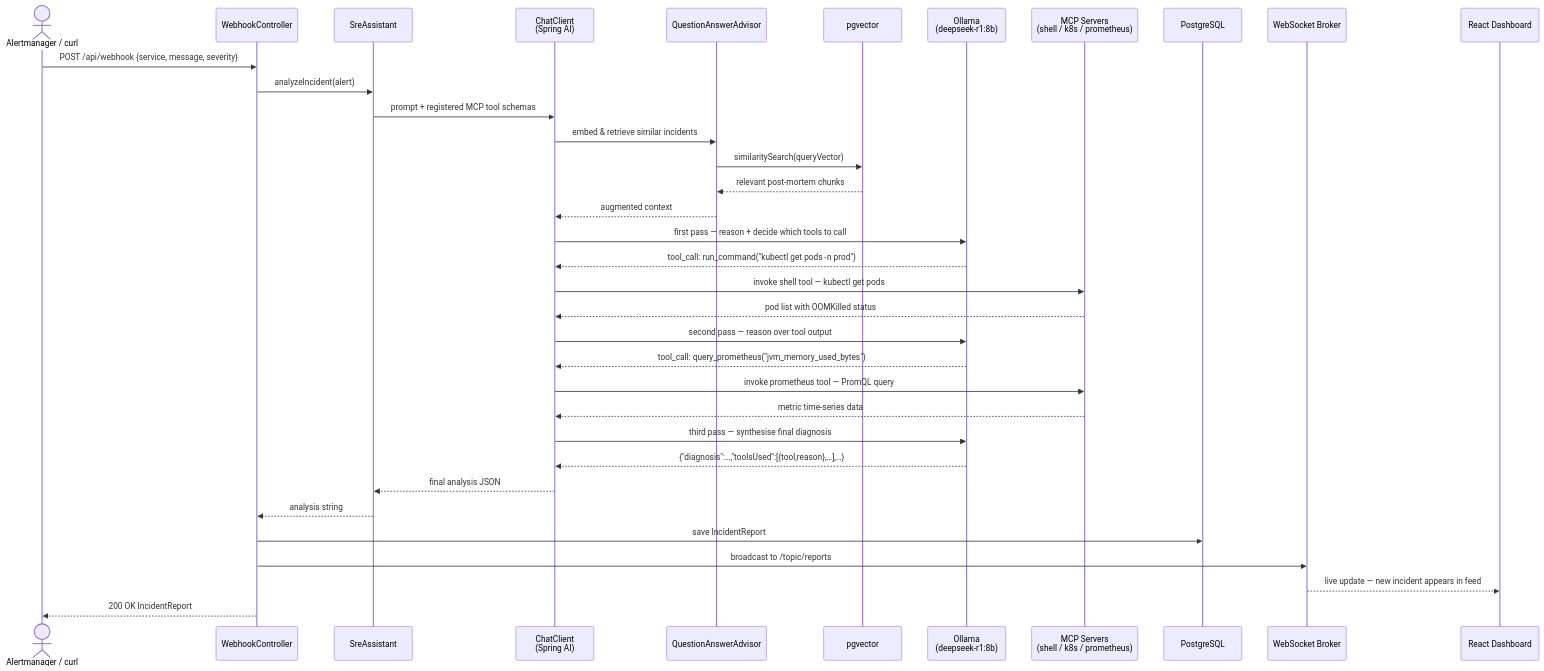
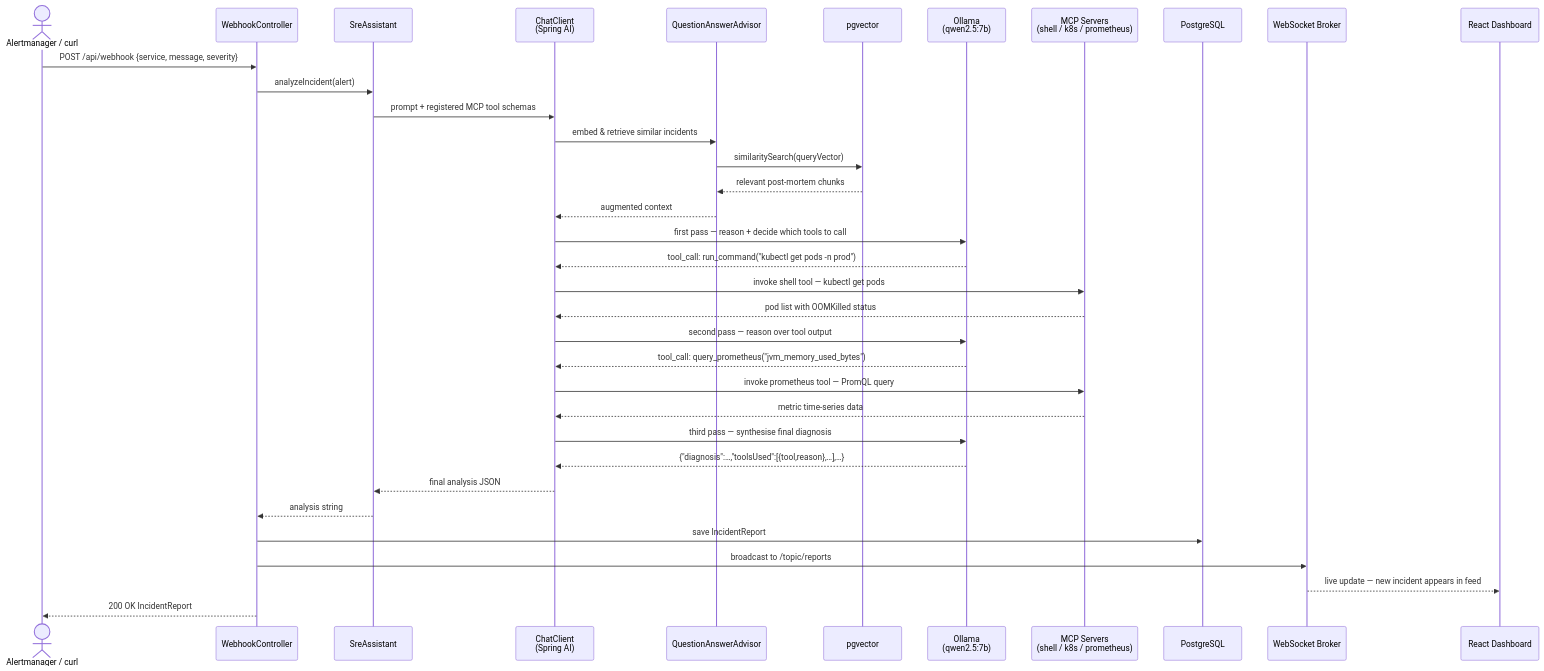
One commit to zakidevara/insight-ops changed the second of 3 diagrams in README.md. Above: the diagram before and after it, drawn with Mermaid. The commit also changed other lines of this file and 6 other files, not shown here.

````diff
--- a/README.md
+++ b/README.md
@@ -177,45 +177,45 @@
 ```mermaid
 sequenceDiagram
     actor Caller as Alertmanager / curl
     participant WH as WebhookController
     participant SRE as SreAssistant
     participant CC as ChatClient<br/>(Spring AI)
     participant QAA as QuestionAnswerAdvisor
     participant VEC as pgvector
-    participant LLM as Ollama<br/>(deepseek-r1:8b)
+    participant LLM as Ollama<br/>(qwen2.5:7b)
     participant MCP as MCP Servers<br/>(shell / k8s / prometheus)
     participant DB as PostgreSQL
     participant WS as WebSocket Broker
     participant UI as React Dashboard
 
     Caller->>WH: POST /api/webhook {service, message, severity}
     WH->>SRE: analyzeIncident(alert)
     SRE->>CC: prompt + registered MCP tool schemas
 
     CC->>QAA: embed & retrieve similar incidents
     QAA->>VEC: similaritySearch(queryVector)
     VEC-->>QAA: relevant post-mortem chunks
     QAA-->>CC: augmented context
 
     CC->>LLM: first pass — reason + decide which tools to call
     LLM-->>CC: tool_call: run_command("kubectl get pods -n prod")
 
     CC->>MCP: invoke shell tool — kubectl get pods
     MCP-->>CC: pod list with OOMKilled status
 
     CC->>LLM: second pass — reason over tool output
     LLM-->>CC: tool_call: query_prometheus("jvm_memory_used_bytes")
 
     CC->>MCP: invoke prometheus tool — PromQL query
     MCP-->>CC: metric time-series data
 
     CC->>LLM: third pass — synthesise final diagnosis
     LLM-->>CC: {"diagnosis":…,"toolsUsed":[{tool,reason},…],…}
 
     CC-->>SRE: final analysis JSON
     SRE-->>WH: analysis string
     WH->>DB: save IncidentReport
     WH->>WS: broadcast to /topic/reports
     WS-->>UI: live update — new incident appears in feed
     WH-->>Caller: 200 OK IncidentReport
 ```
````
